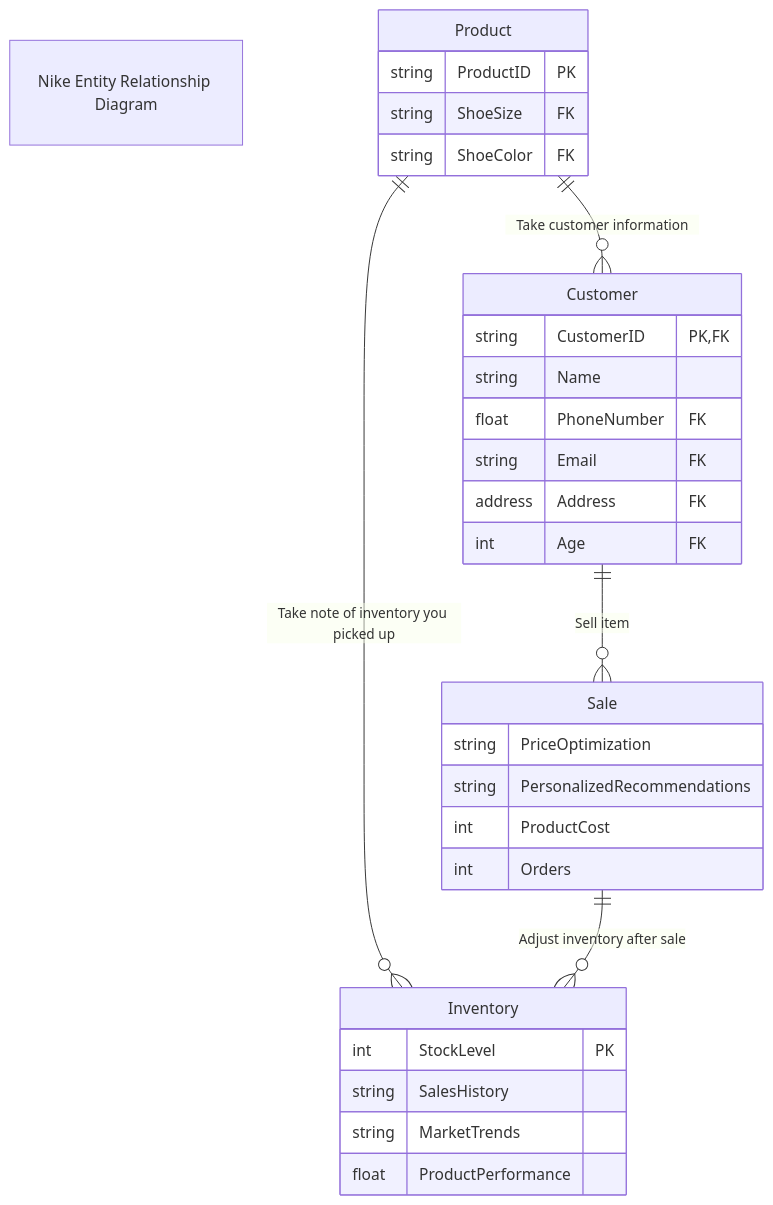
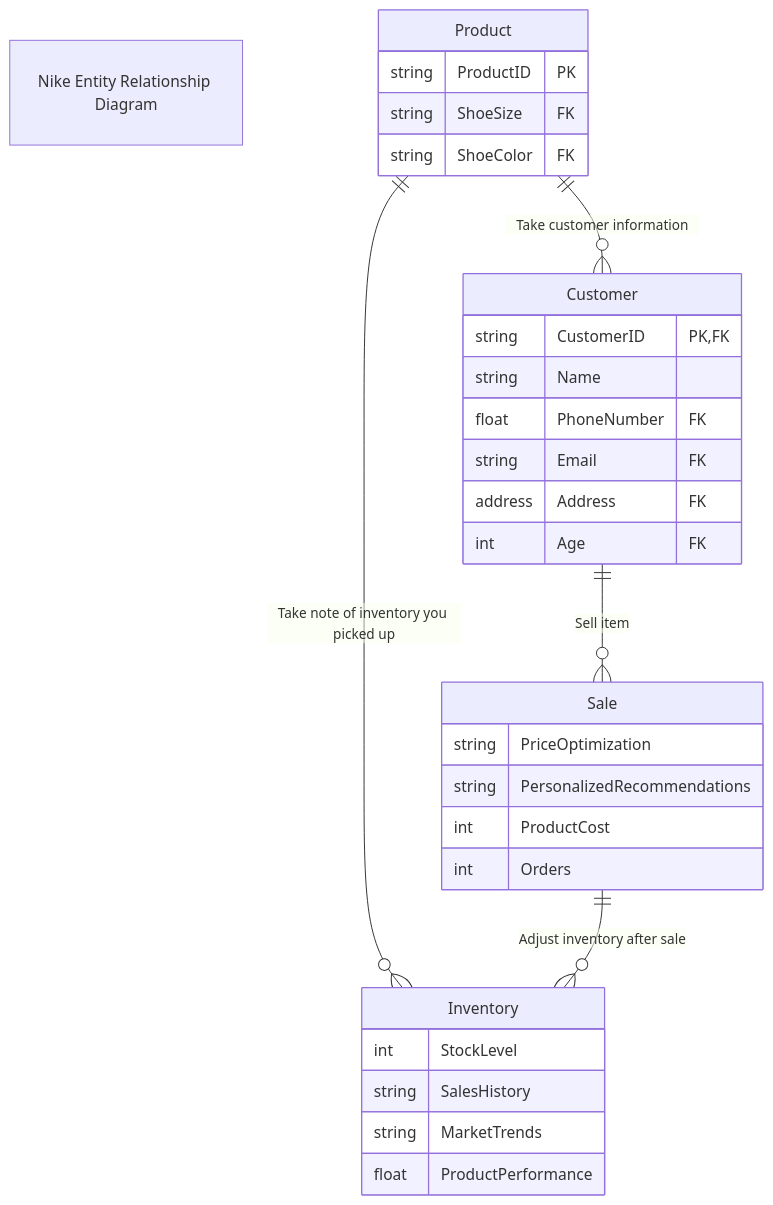
The diagram in NikeStore_ERD.md (JordanDuncan5/Nike-Store-ERD), drawn with Mermaid before and after one commit.

Commit message:
Update NikeStore_ERD.md
removed pk from stock level

````diff
--- a/NikeStore_ERD.md
+++ b/NikeStore_ERD.md
@@ -1,40 +1,40 @@
 ```mermaid
 
 erDiagram
 
 "Nike Entity Relationship Diagram"
 
     Product ||--o{ Customer :"Take customer information"
     Product ||--o{ Inventory :"Take note of inventory you picked up"
     Product{
         string ProductID PK
         string ShoeSize FK
         string ShoeColor FK
     }
     
     Customer ||--o{ Sale :"Sell item"
     Customer{
         string CustomerID PK, FK
         string Name
         float PhoneNumber FK
         string Email FK
         address Address FK
         int Age FK
     }
     
     Sale ||--o{ Inventory :"Adjust inventory after sale"
     Sale{
         string PriceOptimization
         string PersonalizedRecommendations
         int ProductCost
         int Orders
     }
     
     Inventory{
-        int StockLevel PK
+        int StockLevel
         string SalesHistory 
         string MarketTrends
         float ProductPerformance
     }
 
 ```
````
